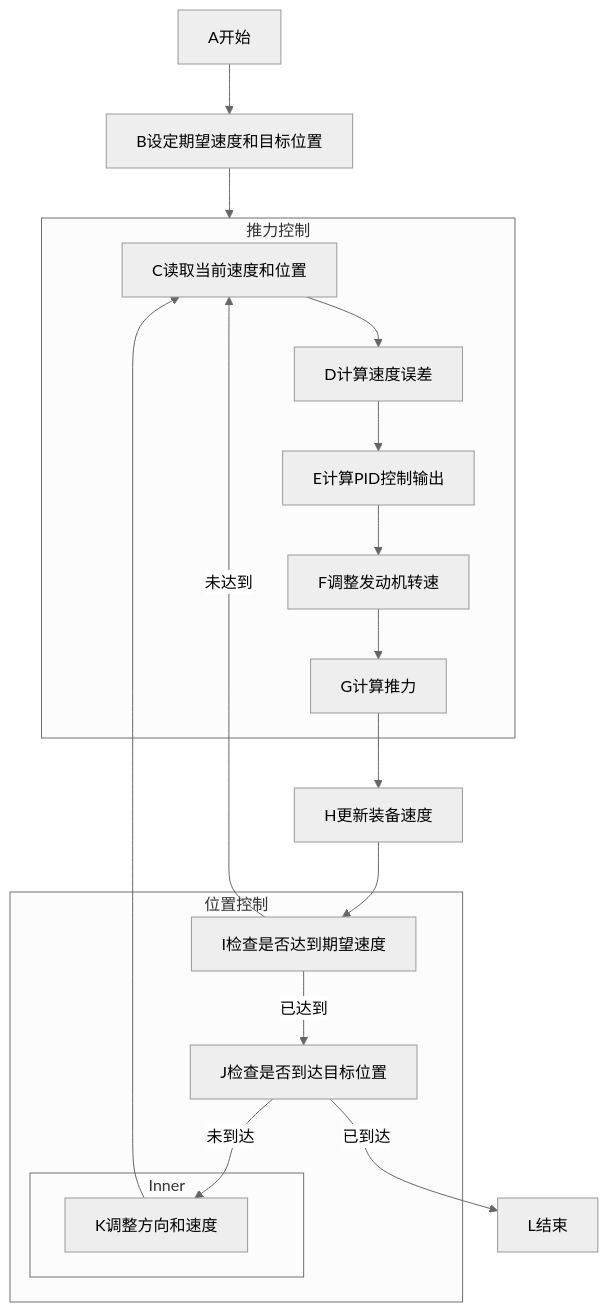
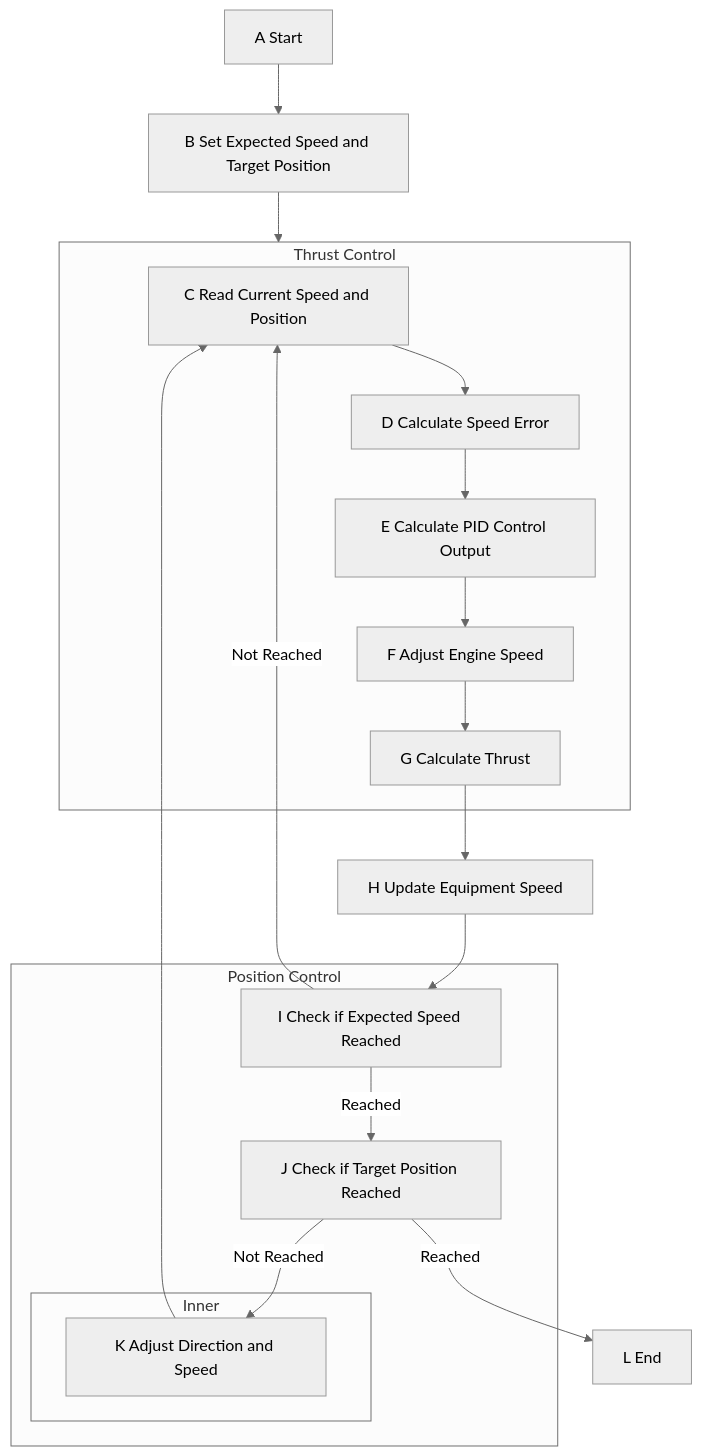
Before and after one commit to sleetish/md2visio-gui: the third of 9 diagrams in md2visio/test/graph.md, drawn with Mermaid. The commit also changed other lines of this file and 11 other files, not shown here.

````diff
--- a/md2visio/test/graph.md
+++ b/md2visio/test/graph.md
@@ -49,26 +49,26 @@
 ```mermaid
 %%{init: {'theme':'neutral'}}%%
 graph TB
-    subgraph TL [推力控制]
-        C --> D[D计算速度误差]
-        D --> E[E计算PID控制输出]
-        E --> F[F调整发动机转速]
-        F --> G[G计算推力]
+    subgraph TL [Thrust Control]
+        C --> D[D Calculate Speed Error]
+        D --> E[E Calculate PID Control Output]
+        E --> F[F Adjust Engine Speed]
+        F --> G[G Calculate Thrust]
     end
-    subgraph "位置控制"
+    subgraph "Position Control"
         K
         C
-        I -->|已达到| J[J检查是否到达目标位置]
+        I -->|Reached| J[J Check if Target Position Reached]
         subgraph Inner
         	K-->C
         end
     end
 
-    A[A开始] --> B[B设定期望速度和目标位置]
+    A[A Start] --> B[B Set Expected Speed and Target Position]
     B --> TL
-    G --> H[H更新装备速度]
-    H --> I[I检查是否达到期望速度]
-    I -->|未达到| C[C读取当前速度和位置]
-    J -->|未到达| K[K调整方向和速度]
-    J -->|已到达| L[L结束]
+    G --> H[H Update Equipment Speed]
+    H --> I[I Check if Expected Speed Reached]
+    I -->|Not Reached| C[C Read Current Speed and Position]
+    J -->|Not Reached| K[K Adjust Direction and Speed]
+    J -->|Reached| L[L End]
 ```
````
